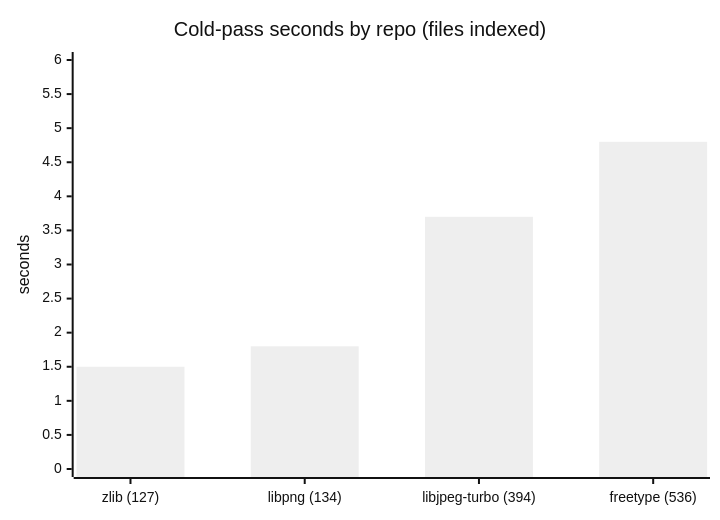
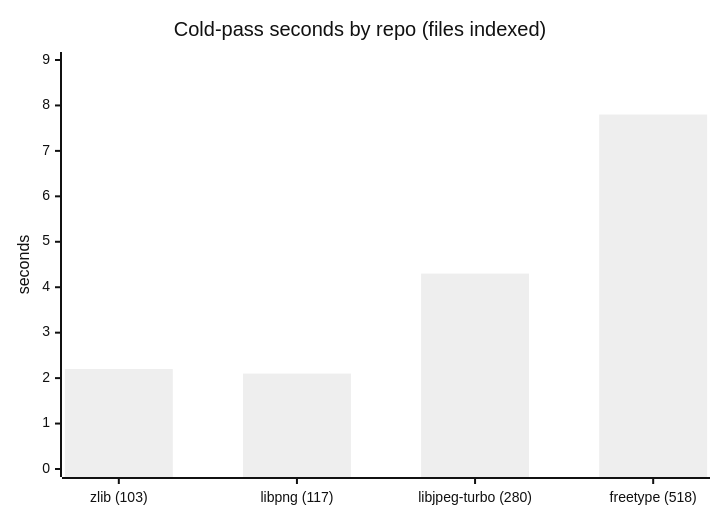
One commit to Binchitects/argus changed the second of 5 diagrams in docs/kpis.md. Above: the diagram before and after it, drawn with Mermaid (neutral theme). The commit also changed other lines of this file and 4 other files, not shown here.

````diff
--- a/docs/kpis.md
+++ b/docs/kpis.md
@@ -68,7 +74,7 @@
 ```mermaid
 xychart-beta
     title "Cold-pass seconds by repo (files indexed)"
-    x-axis ["zlib (127)", "libpng (134)", "libjpeg-turbo (394)", "freetype (536)"]
-    y-axis "seconds" 0 --> 6
-    bar [1.5, 1.8, 3.7, 4.8]
+    x-axis ["zlib (103)", "libpng (117)", "libjpeg-turbo (280)", "freetype (518)"]
+    y-axis "seconds" 0 --> 9
+    bar [2.2, 2.1, 4.3, 7.8]
 ```
````
